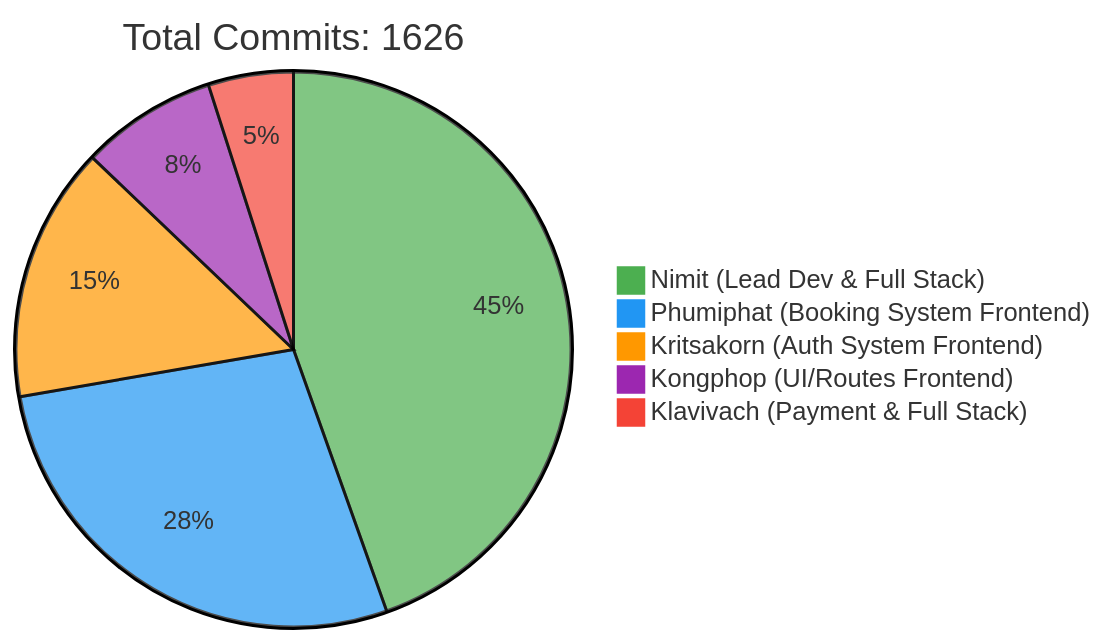
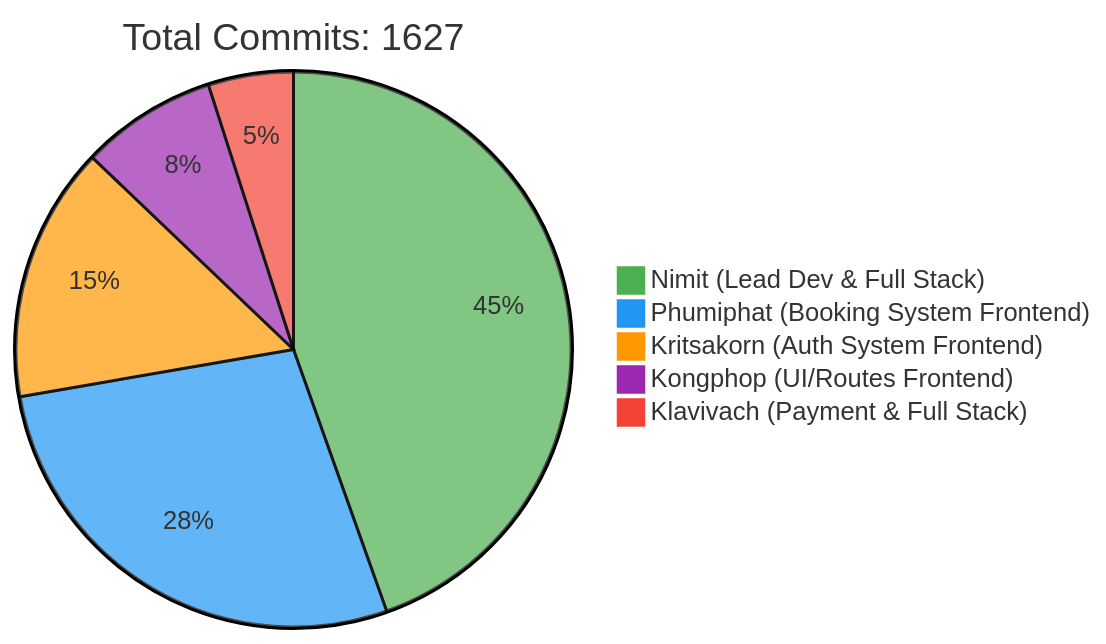
One commit to 6531503042/Sport-Complex changed the first of 2 diagrams in README.md. Above: the diagram before and after it, drawn with Mermaid. The commit also changed other lines of this file, not shown here.

Commit message:
docs: Update contributor statistics [skip ci]

````diff
--- a/README.md
+++ b/README.md
@@ -257,10 +257,10 @@
 ```mermaid
 %%{init: {'theme': 'base', 'themeVariables': { 'pie1': '#4CAF50', 'pie2': '#2196F3', 'pie3': '#FF9800', 'pie4': '#9C27B0', 'pie5': '#F44336'}}}%%
 pie
-    title Total Commits: 1626
+    title Total Commits: 1627
     "Nimit (Lead Dev & Full Stack)" : 450
     "Phumiphat (Booking System Frontend)" : 280
     "Kritsakorn (Auth System Frontend)" : 150
     "Kongphop (UI/Routes Frontend)" : 80
     "Klavivach (Payment & Full Stack)" : 50
 ```
````
